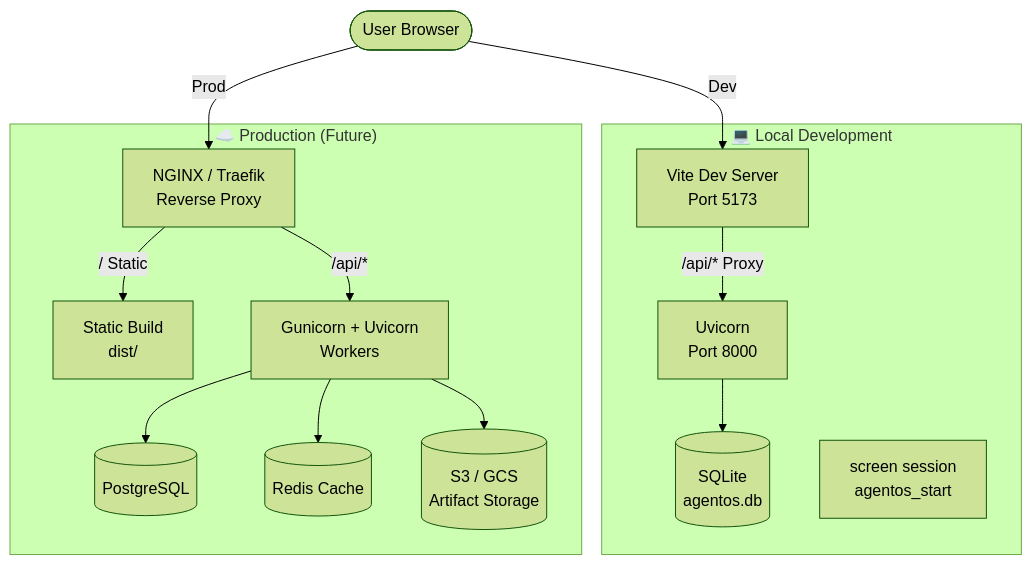
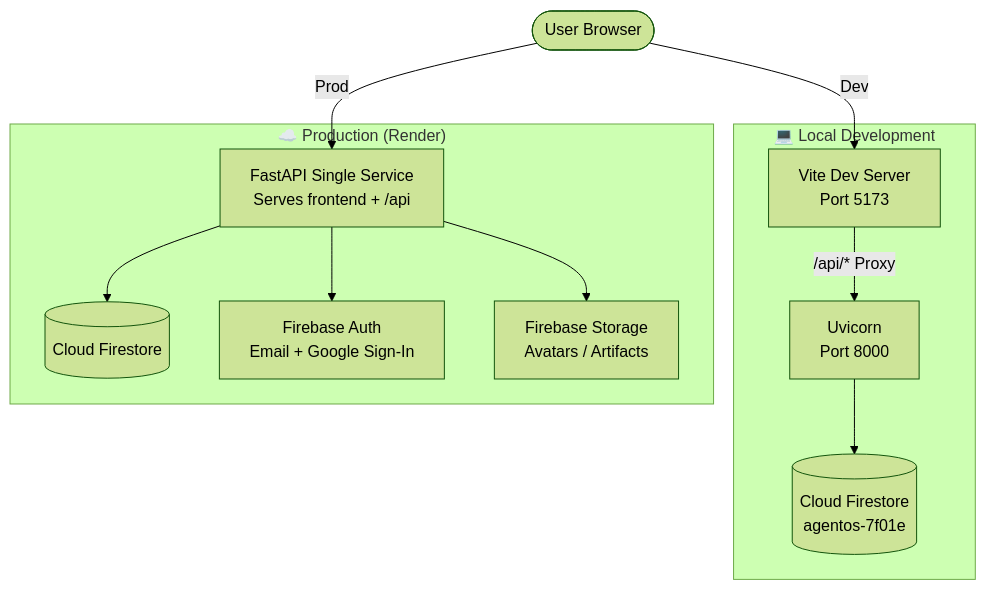
Before and after one commit to bunnysayzz/AgentOS: the ninth of 10 diagrams in ARCHITECTURE.md, drawn with Mermaid (forest theme). The commit also changed other lines of this file, not shown here.

Commit message:
docs: purge old PostgreSQL/Aiven architecture from ARCHITECTURE.md

````diff
--- a/ARCHITECTURE.md
+++ b/ARCHITECTURE.md
@@ -560,29 +549,24 @@
 ```mermaid
 graph TB
     subgraph Local["💻 Local Development"]
         VITE[Vite Dev Server<br/>Port 5173]
         UVICORN[Uvicorn<br/>Port 8000]
-        SQLITE[(SQLite<br/>agentos.db)]
-        SCREEN[screen session<br/>agentos_start]
+        FS[(Cloud Firestore<br/>agentos-7f01e)]
     end
 
-    subgraph Production["☁️ Production (Future)"]
-        NGINX[NGINX / Traefik<br/>Reverse Proxy]
-        REACT_BUILD[Static Build<br/>dist/]
-        GUNICORN[Gunicorn + Uvicorn<br/>Workers]
-        POSTGRES[(PostgreSQL)]
-        REDIS[(Redis Cache)]
-        S3[(S3 / GCS<br/>Artifact Storage)]
+    subgraph Production["☁️ Production (Render)"]
+        API[FastAPI Single Service<br/>Serves frontend + /api]
+        FS_PROD[(Cloud Firestore)]
+        FB_AUTH[Firebase Auth<br/>Email + Google Sign-In]
+        FB_STORAGE[Firebase Storage<br/>Avatars / Artifacts]
     end
 
     USER([User Browser])
     USER -->|Dev| VITE
-    USER -->|Prod| NGINX
+    USER -->|Prod| API
     VITE -->|/api/* Proxy| UVICORN
-    NGINX -->|/ Static| REACT_BUILD
-    NGINX -->|/api/*| GUNICORN
-    UVICORN --> SQLITE
-    GUNICORN --> POSTGRES
-    GUNICORN --> REDIS
-    GUNICORN --> S3
+    UVICORN --> FS
+    API --> FS_PROD
+    API --> FB_AUTH
+    API --> FB_STORAGE
 ```
````
